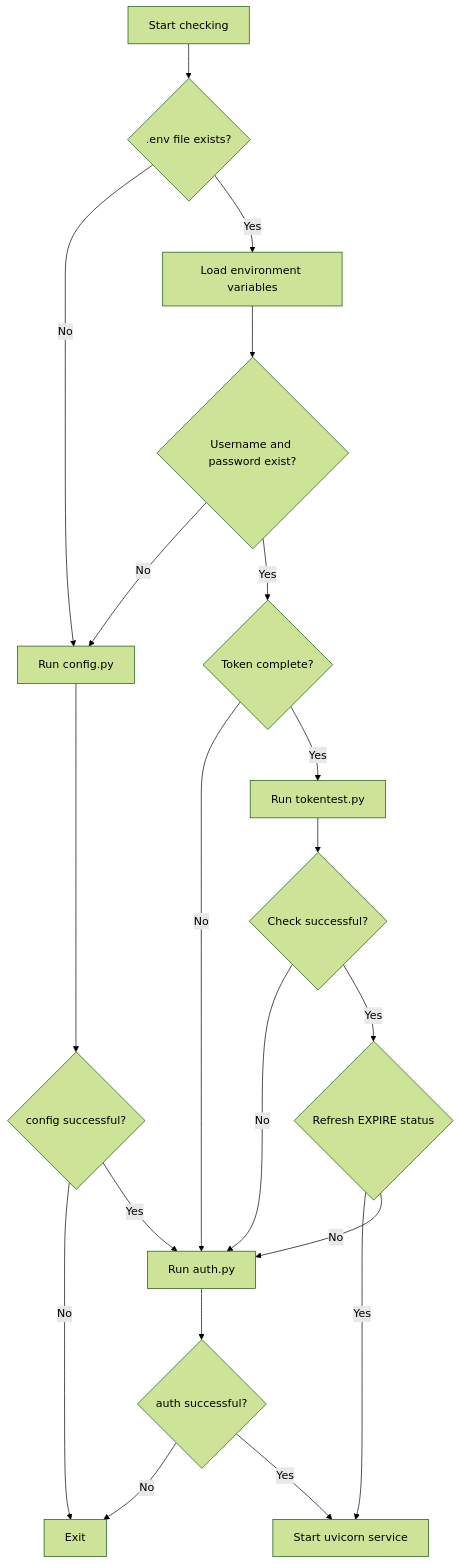
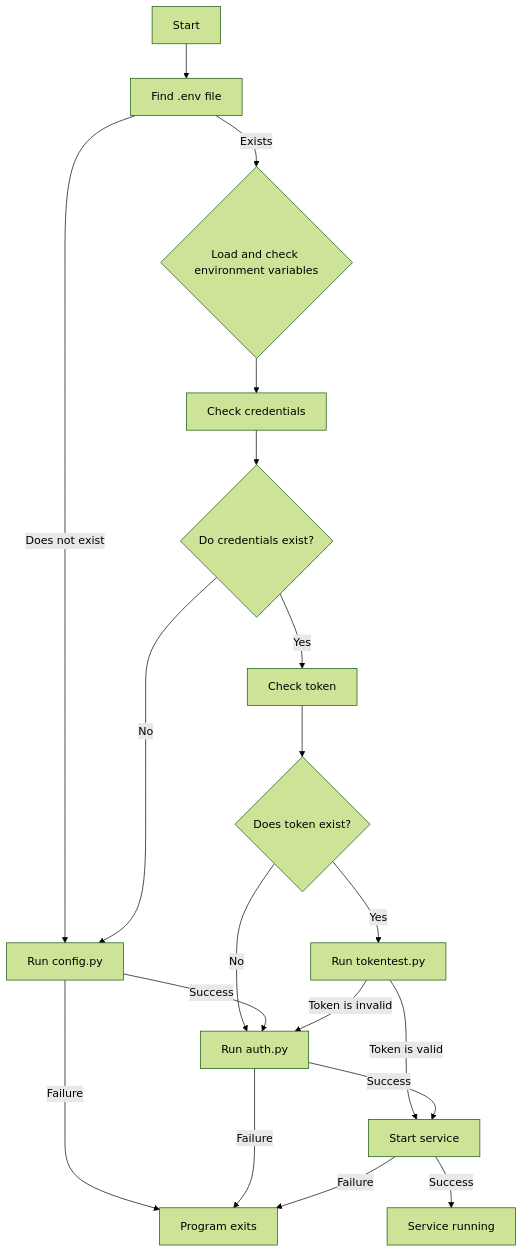
One commit to sealeelike/XIPUAI-to-openAI-compatible-API changed the diagram in README.md. Above: the diagram before and after it, drawn with Mermaid (forest theme).

````diff
--- a/README.md
+++ b/README.md
@@ -97,29 +97,21 @@
 ```mermaid
 flowchart TD
-  A[Start checking] --> B{.env file exists?}
-  
-  B -->|No|C[Run config.py]
-  B -->|Yes|D[Load environment variables]
-  
-  D --> E{Username and password exist?}
-  E -->|No|C
-  E -->|Yes|F{Token complete?}
-  
-  F -->|No|G[Run auth.py]
-  F -->|Yes|H[Run tokentest.py]
-  
-  H --> I{Check successful?}
-  I -->|No|G
-  I -->|Yes|J{Refresh EXPIRE status}
-  
-  J -->|Yes|K[Start uvicorn service]
-  J -->|No|G
-  
-  C --> L{config successful?}
-  L -->|No|M[Exit]
-  L -->|Yes|G
-  
-  G --> N{auth successful?}
-  N -->|No|M
-  N -->|Yes|K
+  Start --> A[Find .env file]
+  A -- Does not exist --> C[Run config.py]
+  A -- Exists --> B{Load and check environment variables}
+  B --> B1
+  B1[Check credentials] --> B2{Do credentials exist?}
+  B2 -- No --> C
+  B2 -- Yes --> B3[Check token]
+  B3 --> B4{Does token exist?}
+  B4 -- No --> D[Run auth.py]
+  B4 -- Yes --> E[Run tokentest.py]
+  C -- Success --> D
+  E -- Token is valid --> F[Start service]
+  E -- Token is invalid --> D
+  D -- Success --> F
+  C -- Failure --> Z[Program exits]
+  D -- Failure --> Z
+  F -- Failure --> Z
+  F -- Success --> H[Service running]
 ```
````
